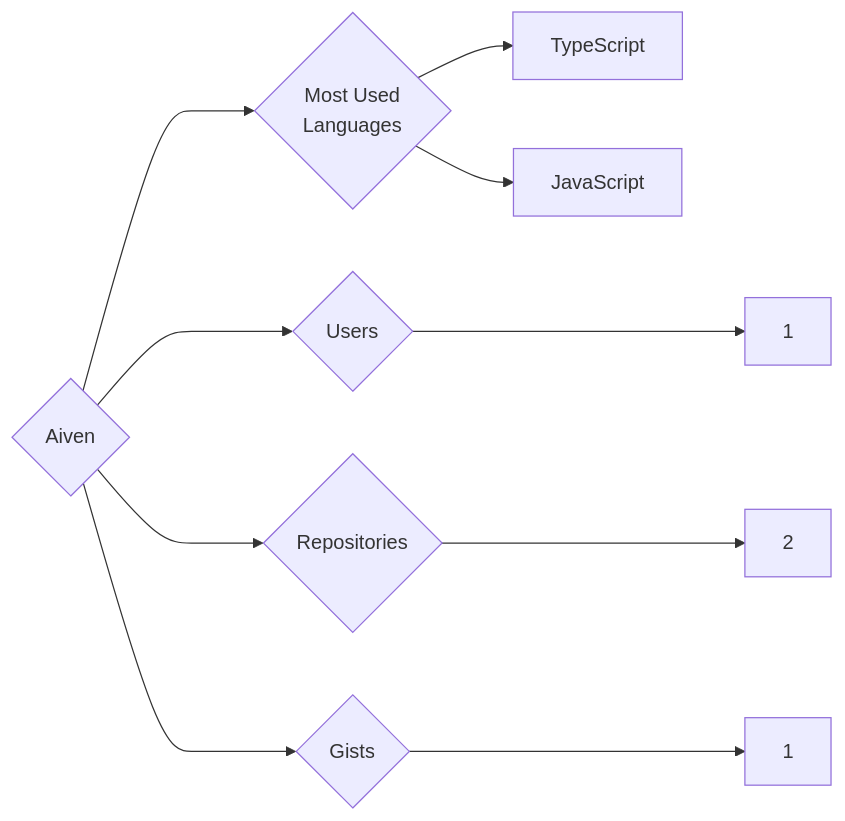
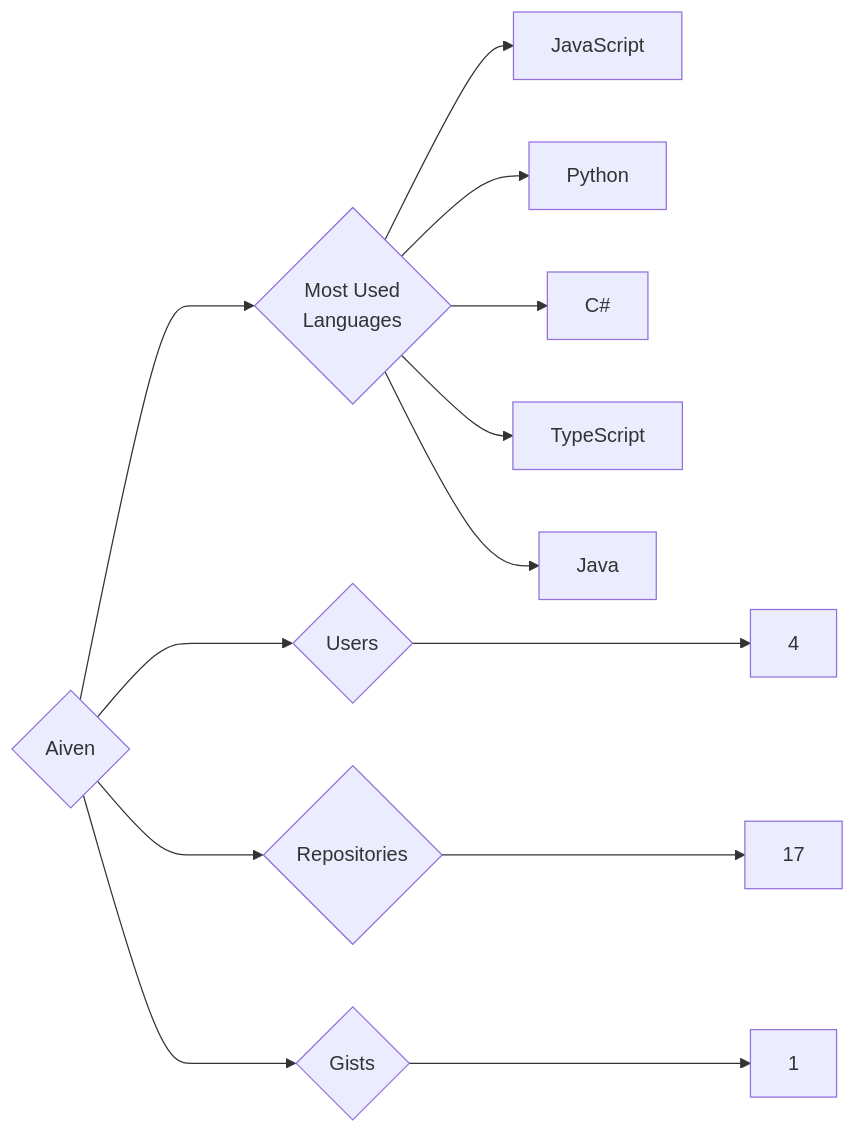
One commit to trickest/insiders changed the diagram in targets/Aiven/README.md. Above: the diagram before and after it, drawn with Mermaid. The commit also changed 859 other files, not shown here.

````diff
--- a/targets/Aiven/README.md
+++ b/targets/Aiven/README.md
@@ -3,10 +3,13 @@
 ```mermaid
 graph LR
 COMPANY_NAME{Aiven}
-COMPANY_NAME ---> U{Users} ---> UN[1]
-COMPANY_NAME ---> R{Repositories} ---> RN[2]
+COMPANY_NAME ---> U{Users} ---> UN[4]
+COMPANY_NAME ---> R{Repositories} ---> RN[17]
 COMPANY_NAME ---> G{Gists} ---> GN[1]
 COMPANY_NAME ---> ML{Most Used<br>Languages}
+ML --> JavaScript[JavaScript]
+ML --> Python[Python]
+ML --> C#[C#]
 ML --> TypeScript[TypeScript]
-ML --> JavaScript[JavaScript]
+ML --> Java[Java]
 ```
````
